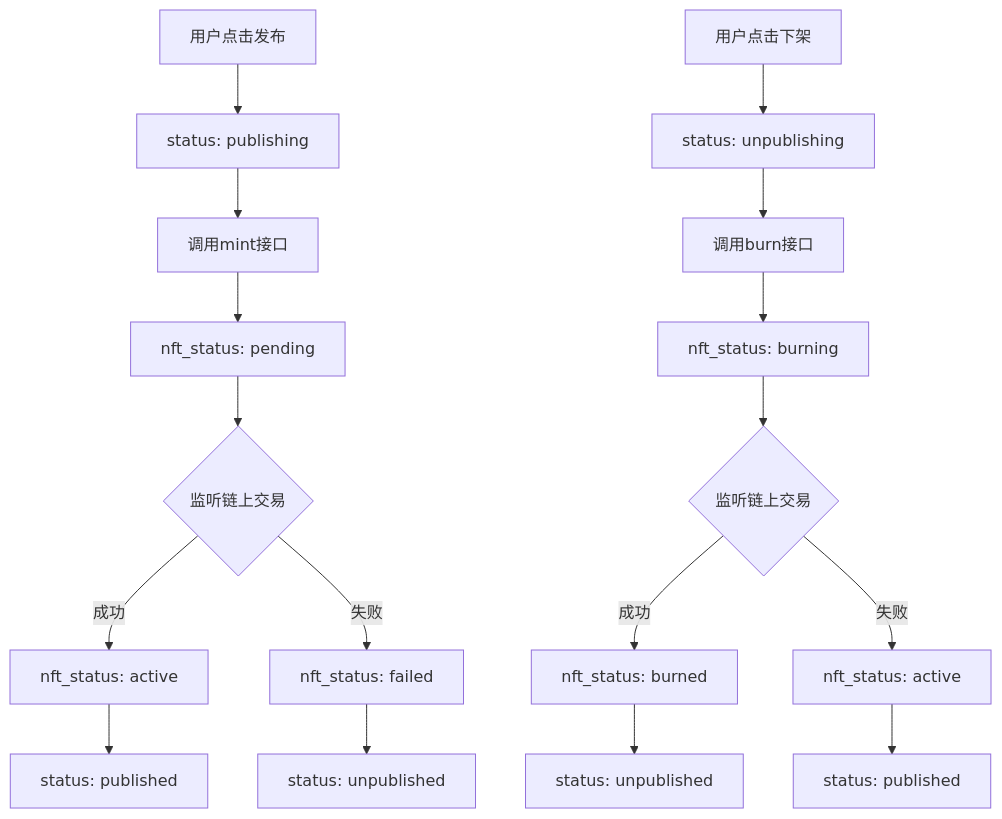
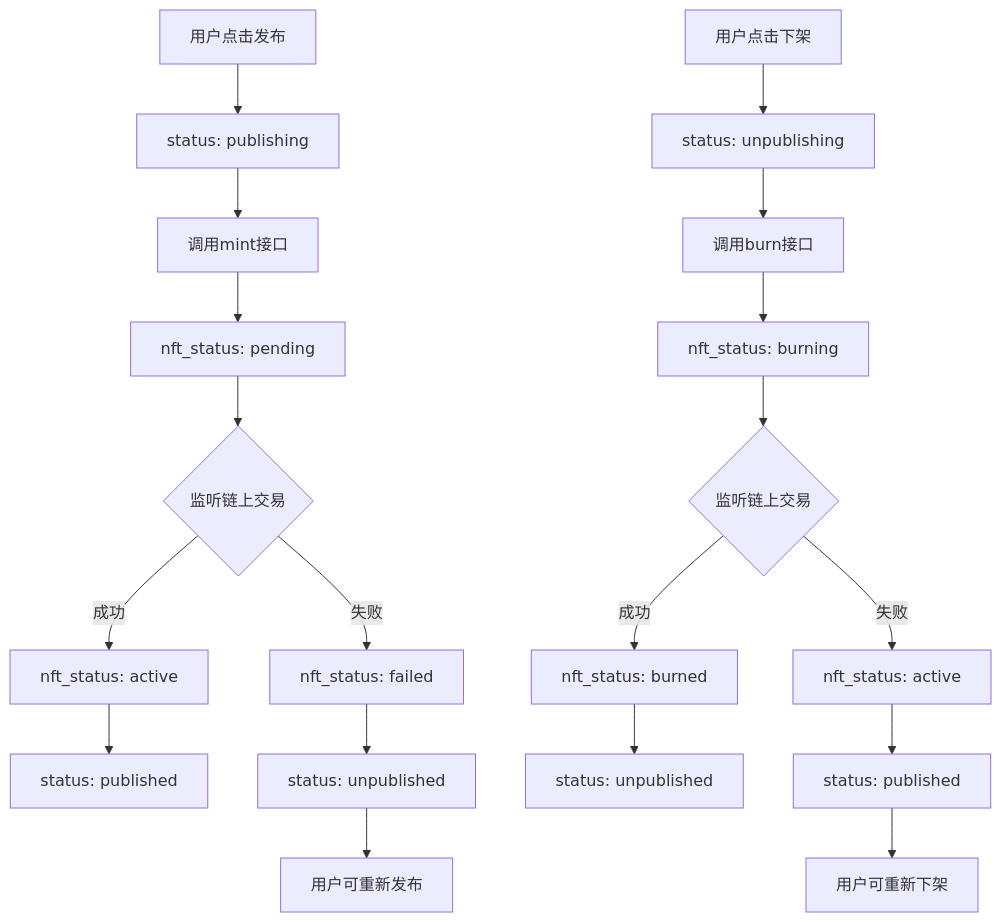
Before and after one commit to yingjianzh/iodraw-files: the diagram in all/未命名-74.md, drawn with Mermaid.

Commit message:
2025-07-07 15:34:32 update

````diff
--- a/all/未命名-74.md
+++ b/all/未命名-74.md
@@ -1,20 +1,22 @@
 ```mermaid
 graph TD
     A[用户点击发布] --> B[status: publishing]
     B --> C[调用mint接口]
     C --> D[nft_status: pending]
     D --> E{监听链上交易}
     E -->|成功| F[nft_status: active]
     F --> G[status: published]
     E -->|失败| H[nft_status: failed]
     H --> I[status: unpublished]
+    I --> J[用户可重新发布]
     
-    J[用户点击下架] --> K[status: unpublishing]
-    K --> L[调用burn接口]
-    L --> M[nft_status: burning]
-    M --> N{监听链上交易}
-    N -->|成功| O[nft_status: burned]
-    O --> P[status: unpublished]
-    N -->|失败| Q[nft_status: active]
-    Q --> R[status: published]
+    K[用户点击下架] --> L[status: unpublishing]
+    L --> M[调用burn接口]
+    M --> N[nft_status: burning]
+    N --> O{监听链上交易}
+    O -->|成功| P[nft_status: burned]
+    P --> Q[status: unpublished]
+    O -->|失败| R[nft_status: active]
+    R --> S[status: published]
+    S --> T[用户可重新下架]
 ```
````
